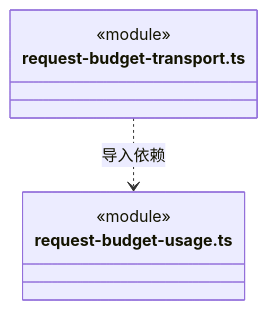
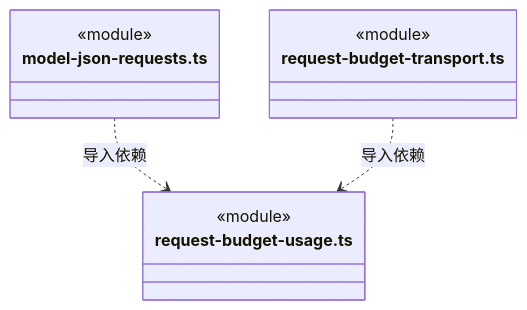
The fifth of 5 diagrams in src/logic/execution/engines/transport/ARCHITECTURE.md (nan023062/cbim), drawn with Mermaid before and after one commit. The commit also changed other lines of this file and 13 other files, not shown here.

````diff
--- a/src/logic/execution/engines/transport/ARCHITECTURE.md
+++ b/src/logic/execution/engines/transport/ARCHITECTURE.md
@@ -61,10 +92,14 @@
 ```mermaid
 classDiagram
-class N_src_logic_execution_engines_transport_request_budget_transport_ts["request-budget-transport.ts"] {
+class N_src_logic_execution_engines_transport_model_json_requests_ts["model-json-requests.ts"] {
   <<module>>
 }
 class N_src_logic_execution_engines_transport_request_budget_usage_ts["request-budget-usage.ts"] {
   <<module>>
 }
+class N_src_logic_execution_engines_transport_request_budget_transport_ts["request-budget-transport.ts"] {
+  <<module>>
+}
+N_src_logic_execution_engines_transport_model_json_requests_ts ..> N_src_logic_execution_engines_transport_request_budget_usage_ts : 导入依赖
 N_src_logic_execution_engines_transport_request_budget_transport_ts ..> N_src_logic_execution_engines_transport_request_budget_usage_ts : 导入依赖
 ```
````
